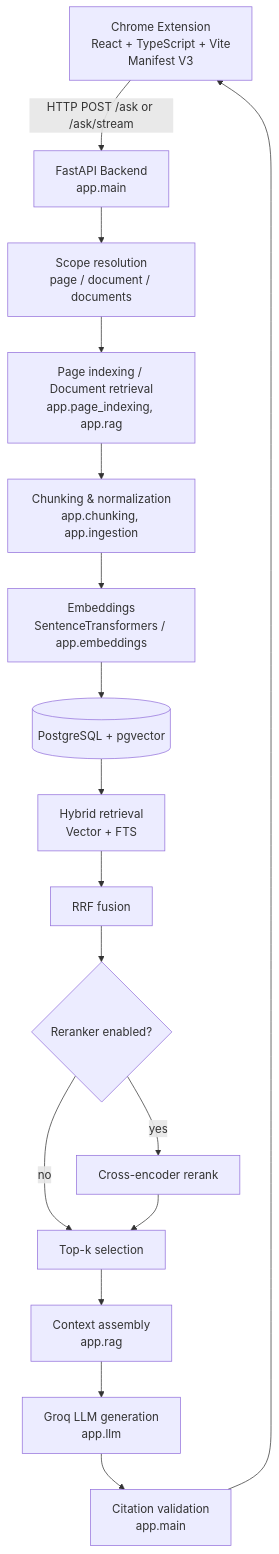
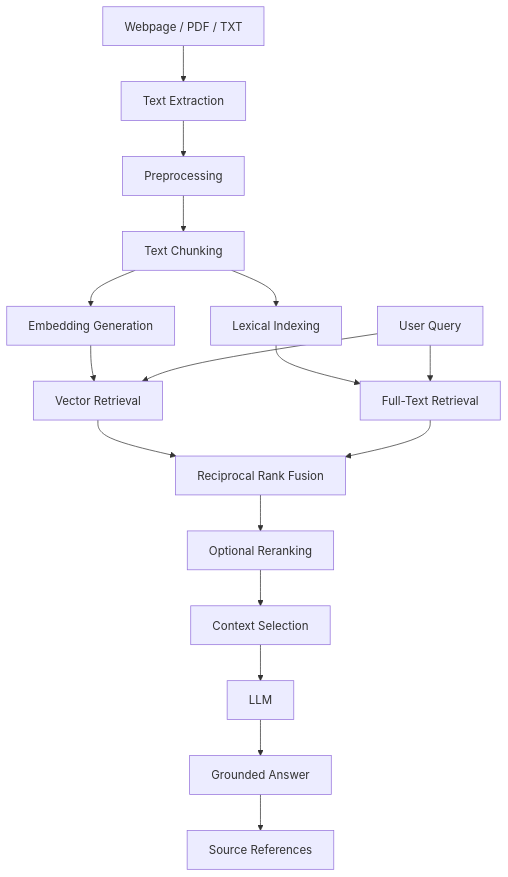
One commit to anshh-py/PageGlance changed the second of 2 diagrams in README.md. Above: the diagram before and after it, drawn with Mermaid. The commit also changed other lines of this file, not shown here.

````diff
--- a/README.md
+++ b/README.md
@@ -24,19 +174,25 @@
 ```mermaid
 flowchart TD
-  A[Chrome Extension<br/>React + TypeScript + Vite<br/>Manifest V3] -->|HTTP POST /ask or /ask/stream| B[FastAPI Backend<br/>app.main]
-  B --> C[Scope resolution<br/>page / document / documents]
-  C --> D[Page indexing / Document retrieval<br/>app.page_indexing, app.rag]
-  D --> E[Chunking & normalization<br/>app.chunking, app.ingestion]
-  E --> F[Embeddings<br/>SentenceTransformers / app.embeddings]
-  F --> G[(PostgreSQL + pgvector)]
-  G --> H[Hybrid retrieval<br/>Vector + FTS]
-  H --> I[RRF fusion]
-  I --> J{Reranker enabled?}
-  J -->|yes| K[Cross-encoder rerank]
-  J -->|no| L[Top-k selection]
-  K --> L
-  L --> M[Context assembly<br/>app.rag]
-  M --> N[Groq LLM generation<br/>app.llm]
-  N --> O[Citation validation<br/>app.main]
-  O --> A
+    A["Webpage / PDF / TXT"] --> B["Text Extraction"]
+    B --> C["Preprocessing"]
+    C --> D["Text Chunking"]
+
+    D --> E["Embedding Generation"]
+    D --> F["Lexical Indexing"]
+
+    E --> G["Vector Retrieval"]
+    F --> H["Full-Text Retrieval"]
+
+    I["User Query"] --> G
+    I --> H
+
+    G --> J["Reciprocal Rank Fusion"]
+    H --> J
+
+    J --> K["Optional Reranking"]
+    K --> L["Context Selection"]
+
+    L --> M["LLM"]
+    M --> N["Grounded Answer"]
+    N --> O["Source References"]
 ```
````
